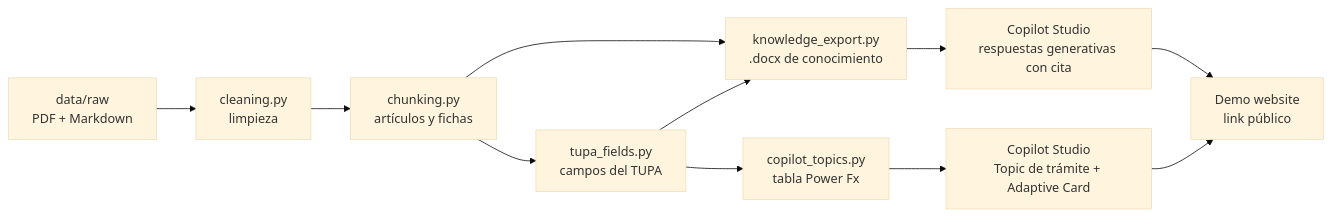
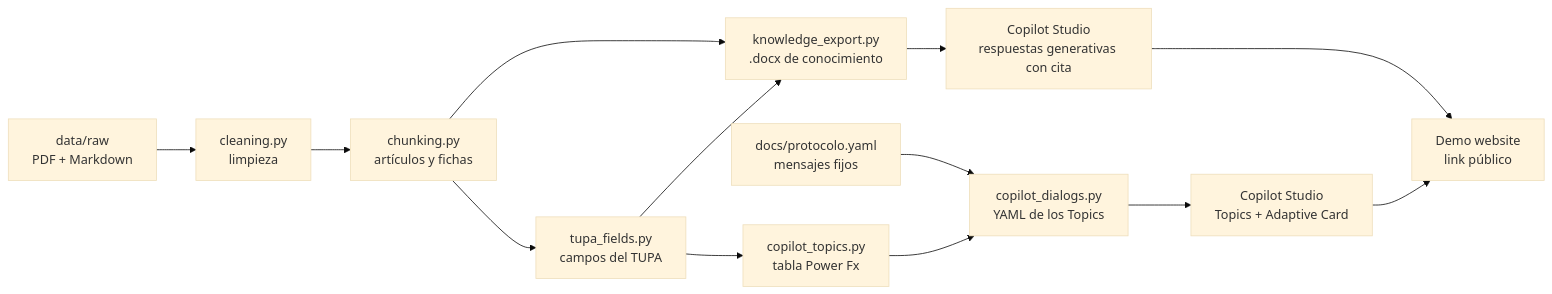
Before and after one commit to vchirinosb/chatbot-normatividad: the diagram in README.md, drawn with Mermaid (base theme). The commit also changed other lines of this file and 1 other file, not shown here.

````diff
--- a/README.md
+++ b/README.md
@@ -22,13 +22,15 @@
 ```mermaid
 flowchart LR
     A[data/raw<br/>PDF + Markdown] --> B[cleaning.py<br/>limpieza]
     B --> C[chunking.py<br/>artículos y fichas]
     C --> D[tupa_fields.py<br/>campos del TUPA]
     C --> E[knowledge_export.py<br/>.docx de conocimiento]
     D --> E
     D --> F[copilot_topics.py<br/>tabla Power Fx]
-    E --> G[Copilot Studio<br/>respuestas generativas con cita]
-    F --> H[Copilot Studio<br/>Topic de trámite + Adaptive Card]
-    G --> I[Demo website<br/>link público]
-    H --> I
+    P[docs/protocolo.yaml<br/>mensajes fijos] --> G[copilot_dialogs.py<br/>YAML de los Topics]
+    F --> G
+    E --> H[Copilot Studio<br/>respuestas generativas con cita]
+    G --> I[Copilot Studio<br/>Topics + Adaptive Card]
+    H --> J[Demo website<br/>link público]
+    I --> J
 ```
````
